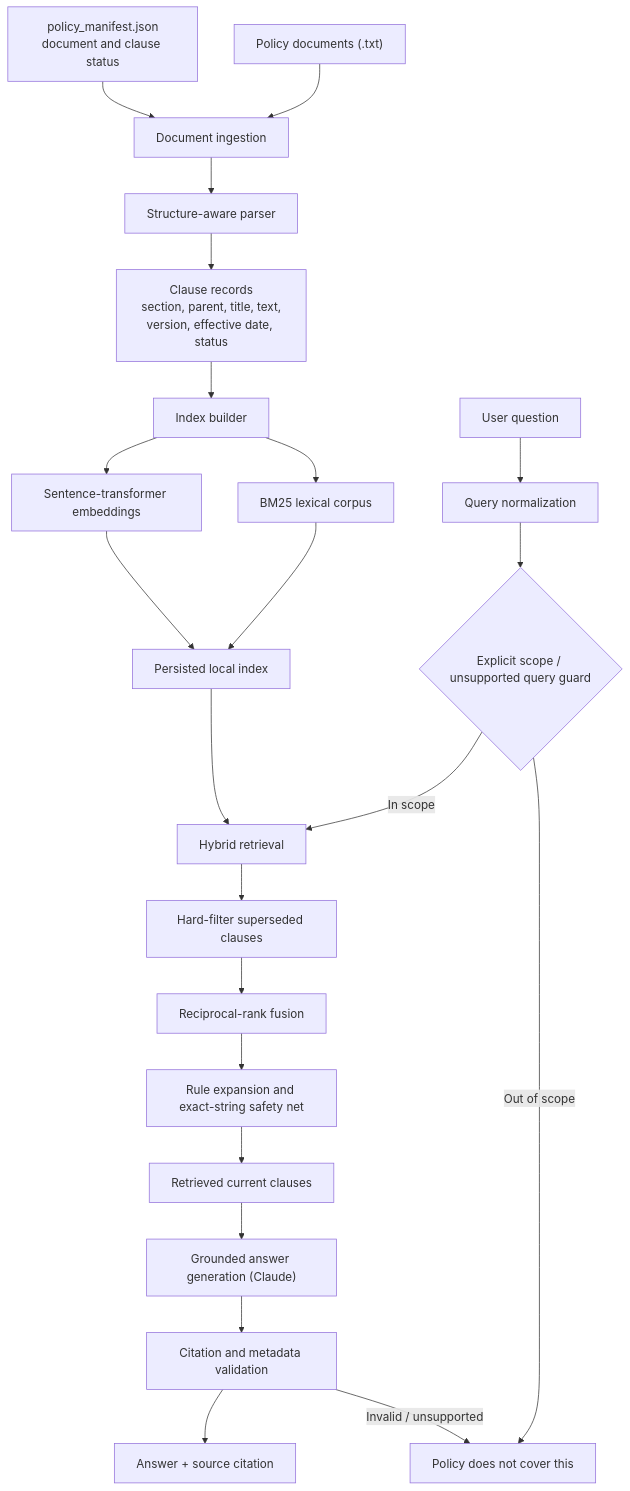
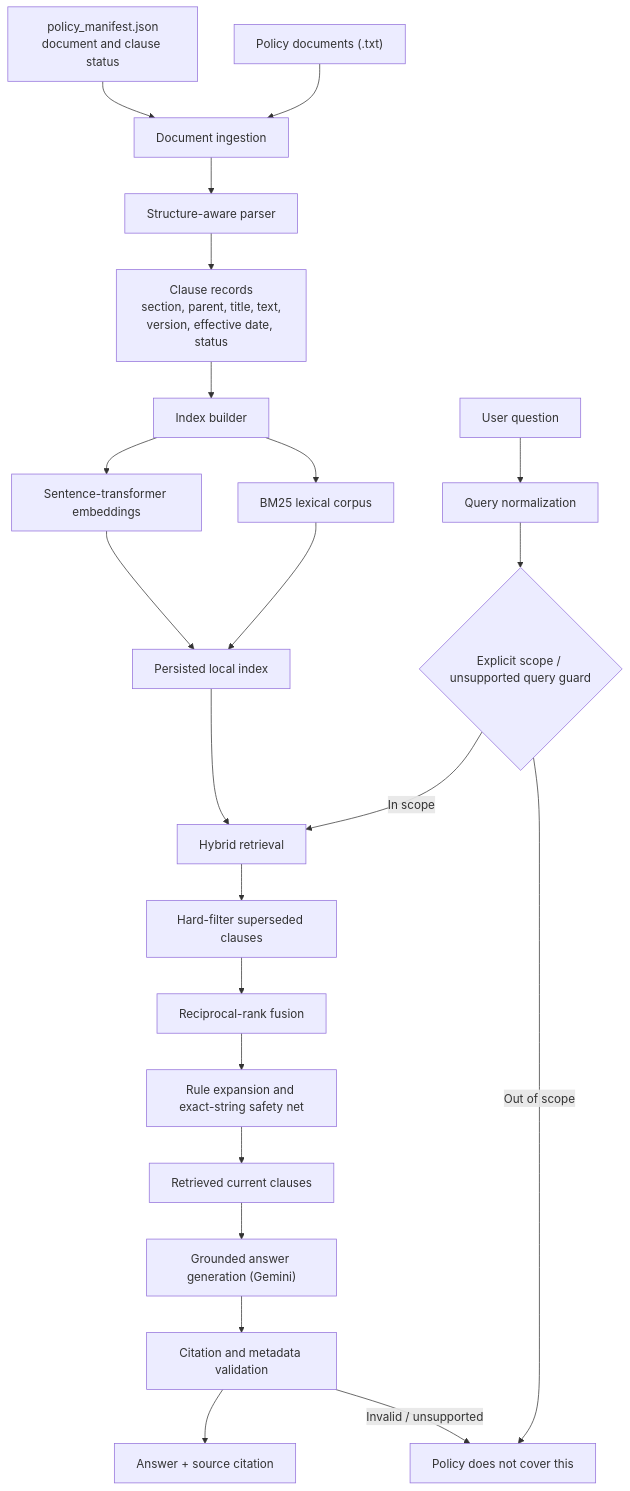
One commit to dakshjain19/trade-policy-qa changed the diagram in ARCHITECTURE.md. Above: the diagram before and after it, drawn with Mermaid. The commit also changed other lines of this file, not shown here.

Commit message:
docs: align architecture with Gemini implementation

````diff
--- a/ARCHITECTURE.md
+++ b/ARCHITECTURE.md
@@ -11,25 +11,25 @@
 ```mermaid
 flowchart TD
     A["Policy documents (.txt)"] --> B["Document ingestion"]
     M["policy_manifest.json<br/>document and clause status"] --> B
     B --> C["Structure-aware parser"]
     C --> D["Clause records<br/>section, parent, title, text,<br/>version, effective date, status"]
     D --> E["Index builder"]
     E --> F["BM25 lexical corpus"]
     E --> G["Sentence-transformer embeddings"]
     F --> H["Persisted local index"]
     G --> H
     Q["User question"] --> R["Query normalization"]
     R --> S{"Explicit scope / unsupported query guard"}
     S -->|"Out of scope"| X["Policy does not cover this"]
     S -->|"In scope"| T["Hybrid retrieval"]
     H --> T
     T --> U["Hard-filter superseded clauses"]
     U --> V["Reciprocal-rank fusion"]
     V --> W["Rule expansion and exact-string safety net"]
     W --> Y["Retrieved current clauses"]
-    Y --> Z["Grounded answer generation (Claude)"]
+    Y --> Z["Grounded answer generation (Gemini)"]
     Z --> AA["Citation and metadata validation"]
     AA --> AB["Answer + source citation"]
     AA -->|"Invalid / unsupported"| X
 ```
````
